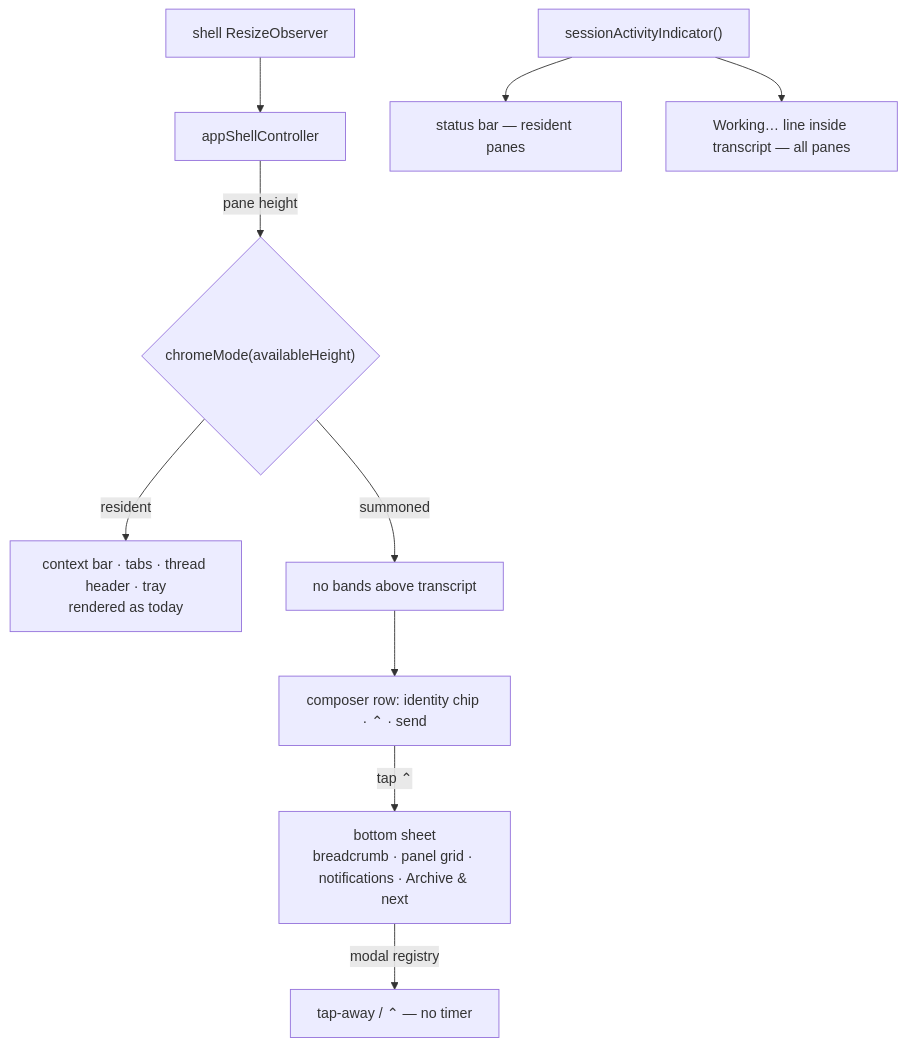
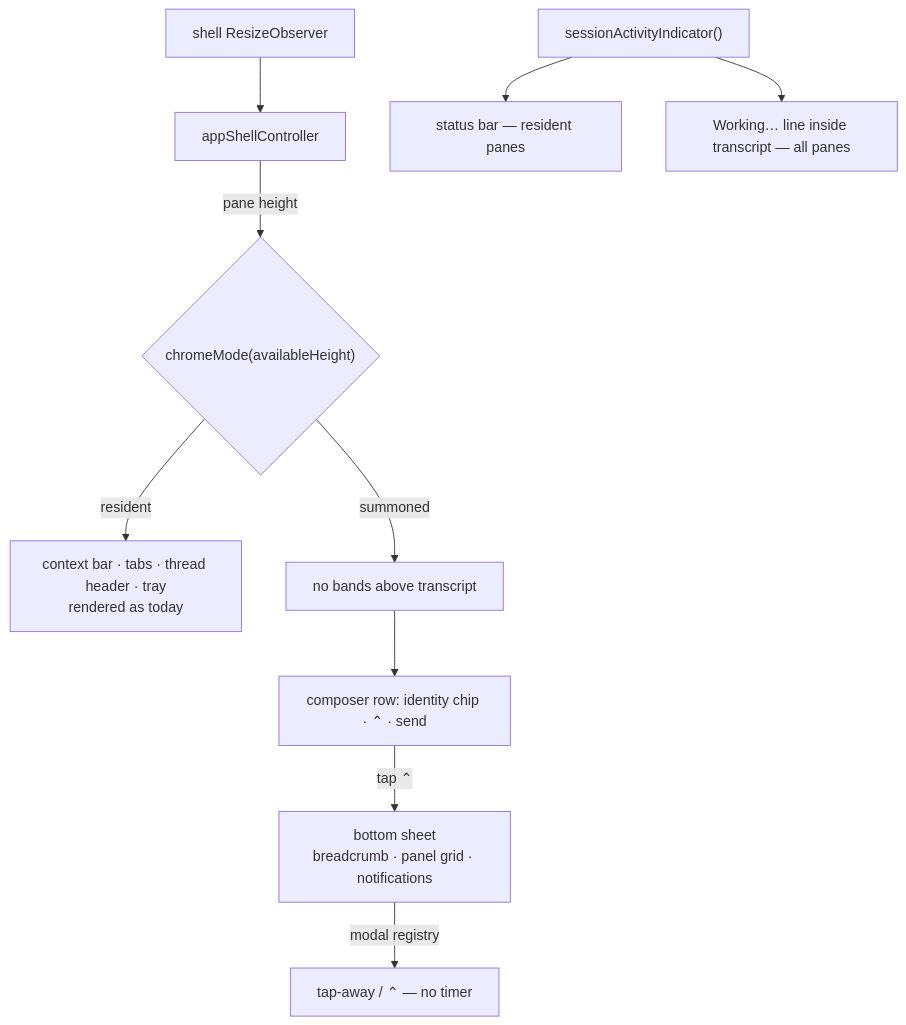
Before and after one commit to forgerie/forgerie: the diagram in work/items/active/01KZKV9P4SJ69Z018FXQ6FVEJZ-content-first-mobile-chrome/plan.md, drawn with Mermaid. The commit also changed other lines of this file and 2 other files, not shown here.

````diff
--- a/work/items/active/01KZKV9P4SJ69Z018FXQ6FVEJZ-content-first-mobile-chrome/plan.md
+++ b/work/items/active/01KZKV9P4SJ69Z018FXQ6FVEJZ-content-first-mobile-chrome/plan.md
@@ -117,12 +119,12 @@
 ```mermaid
 flowchart TB
   RO[shell ResizeObserver] --> ASC[appShellController]
   ASC -->|pane height| CM{"chromeMode(availableHeight)"}
   CM -->|resident| Bands[context bar · tabs · thread header · tray\nrendered as today]
   CM -->|summoned| Zero[no bands above transcript]
   Zero --> Composer[composer row: identity chip · ⌃ · send]
-  Composer -->|tap ⌃| Sheet[bottom sheet\nbreadcrumb · panel grid · notifications · Archive & next]
+  Composer -->|tap ⌃| Sheet[bottom sheet\nbreadcrumb · panel grid · notifications]
   Sheet -->|modal registry| Dismiss[tap-away / ⌃ — no timer]
   SAI["sessionActivityIndicator()"] --> StatusBar[status bar — resident panes]
   SAI --> LiveLine[Working… line inside transcript — all panes]
 ```
````
